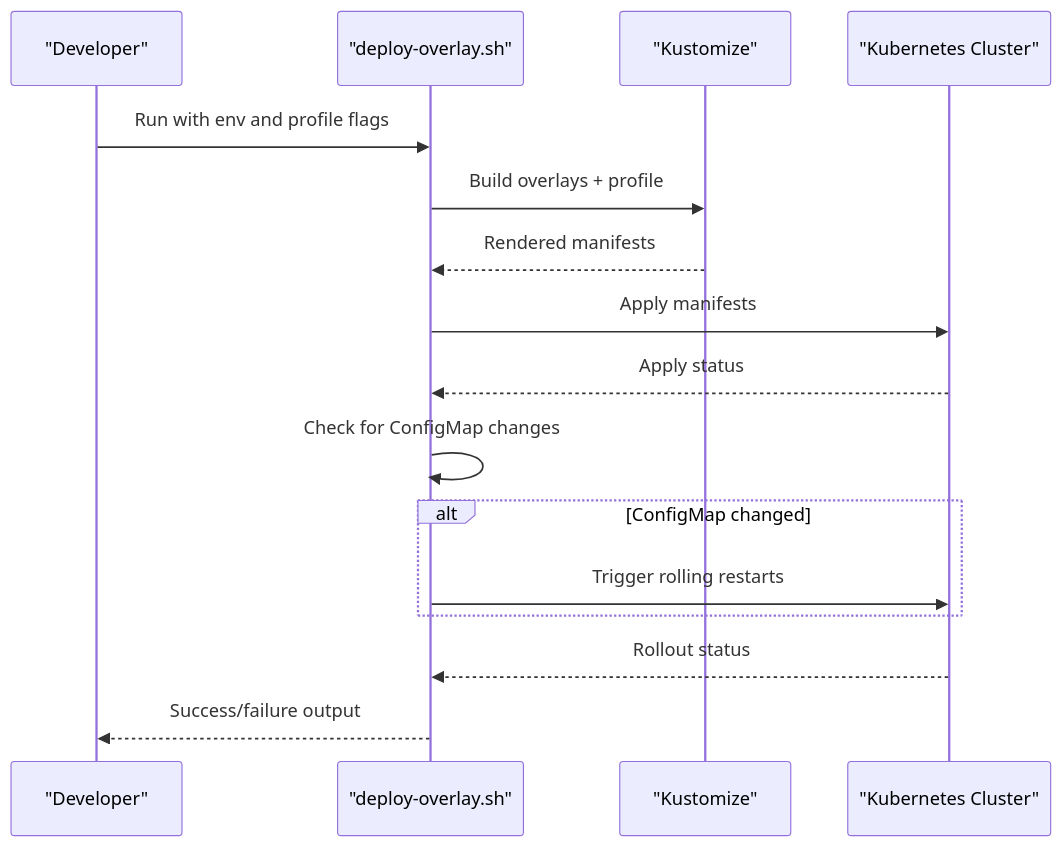
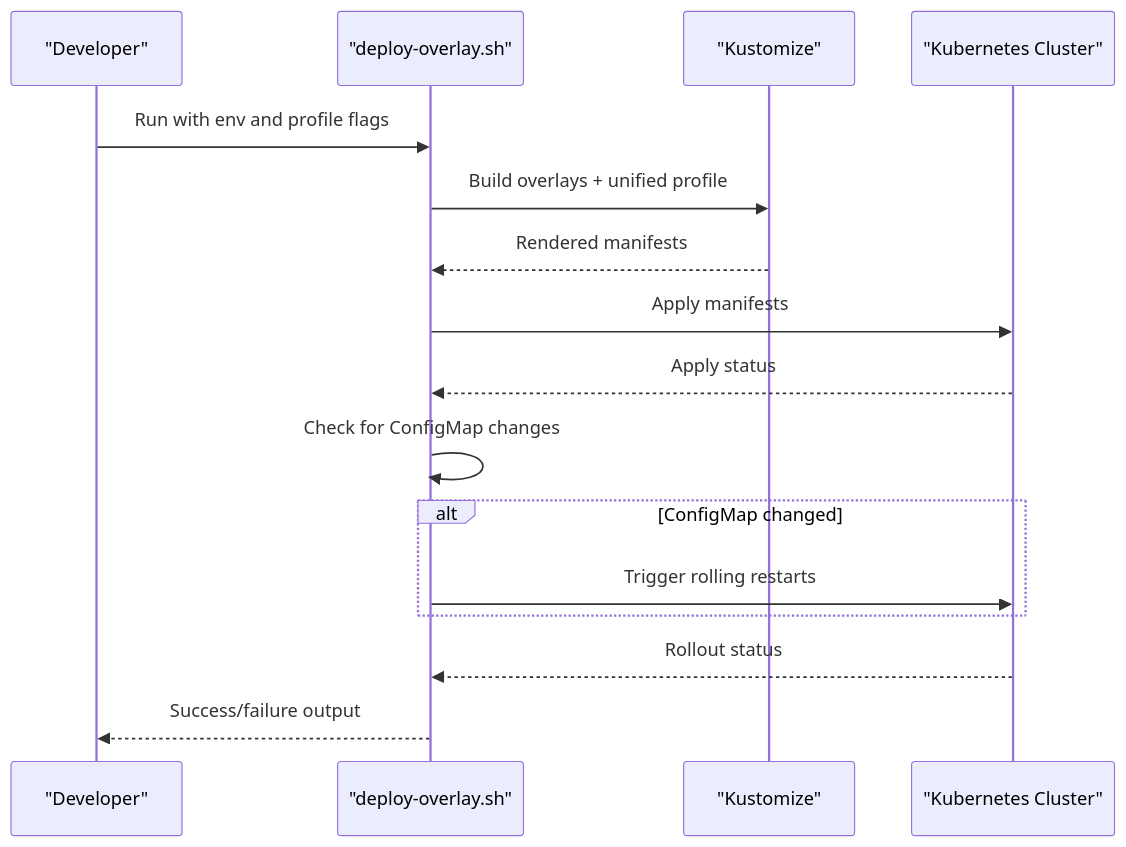
The sixth of 7 diagrams in .qoder/repowiki/en/content/Deployment and Operations/GitOps Workflow.md (metasync/luban-aiops), drawn with Mermaid before and after one commit. The commit also changed other lines of this file and 18 other files, not shown here.

````diff
--- a/.qoder/repowiki/en/content/Deployment and Operations/GitOps Workflow.md
+++ b/.qoder/repowiki/en/content/Deployment and Operations/GitOps Workflow.md
@@ -310,18 +326,18 @@
 ```mermaid
 sequenceDiagram
 participant Dev as "Developer"
 participant Script as "deploy-overlay.sh"
 participant Kust as "Kustomize"
 participant Cluster as "Kubernetes Cluster"
 Dev->>Script : Run with env and profile flags
-Script->>Kust : Build overlays + profile
+Script->>Kust : Build overlays + unified profile
 Kust-->>Script : Rendered manifests
 Script->>Cluster : Apply manifests
 Cluster-->>Script : Apply status
 Script->>Script : Check for ConfigMap changes
 alt ConfigMap changed
 Script->>Cluster : Trigger rolling restarts
 end
 Cluster-->>Script : Rollout status
 Script-->>Dev : Success/failure output
 ```
````
